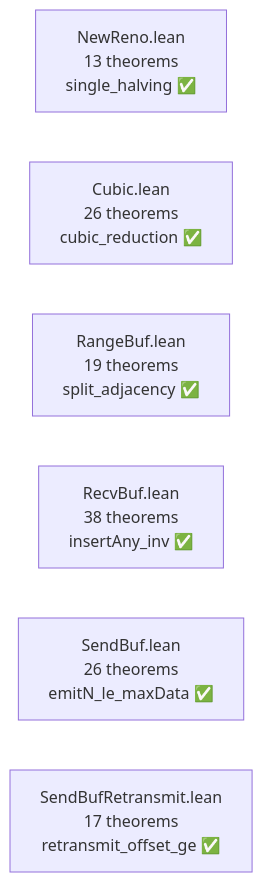
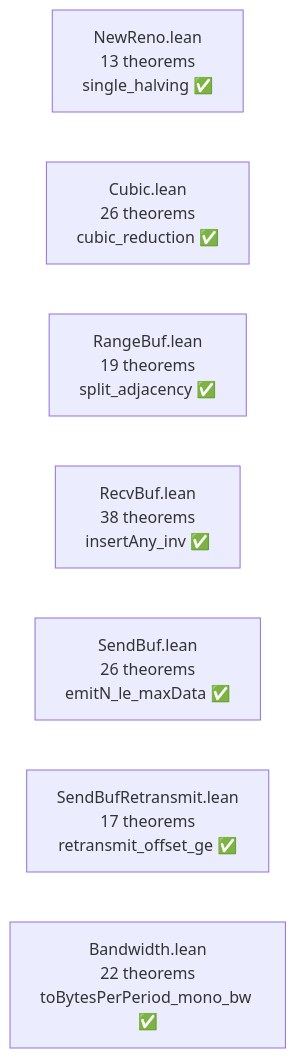
One commit to dsyme/quiche changed the fourth of 7 diagrams in formal-verification/REPORT.md. Above: the diagram before and after it, drawn with Mermaid. The commit also changed other lines of this file and 1 other file, not shown here.

First line of the commit message:
feat(fv): Task 10+11 — REPORT.md + paper.tex update to 26 files / 555 theorems (run 92)

````diff
--- a/formal-verification/REPORT.md
+++ b/formal-verification/REPORT.md
@@ -170,9 +171,10 @@
 ```mermaid
 graph LR
     NR["NewReno.lean<br/>13 theorems<br/>single_halving ✅"]
     CU["Cubic.lean<br/>26 theorems<br/>cubic_reduction ✅"]
     RB["RangeBuf.lean<br/>19 theorems<br/>split_adjacency ✅"]
     RC["RecvBuf.lean<br/>38 theorems<br/>insertAny_inv ✅"]
     SB["SendBuf.lean<br/>26 theorems<br/>emitN_le_maxData ✅"]
     SBR["SendBufRetransmit.lean<br/>17 theorems<br/>retransmit_offset_ge ✅"]
+    BW["Bandwidth.lean<br/>22 theorems<br/>toBytesPerPeriod_mono_bw ✅"]
 ```
````
